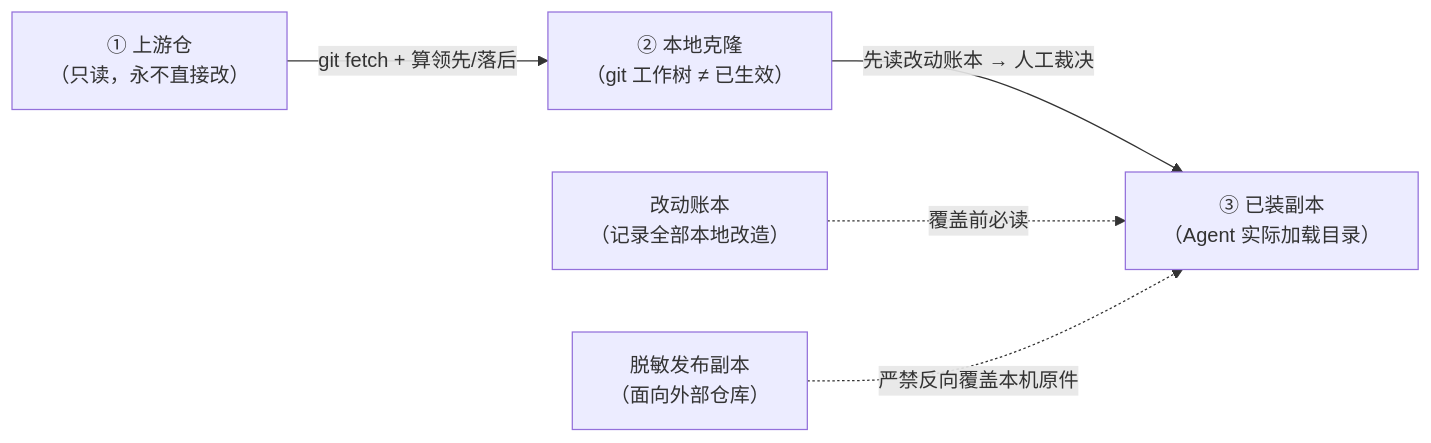
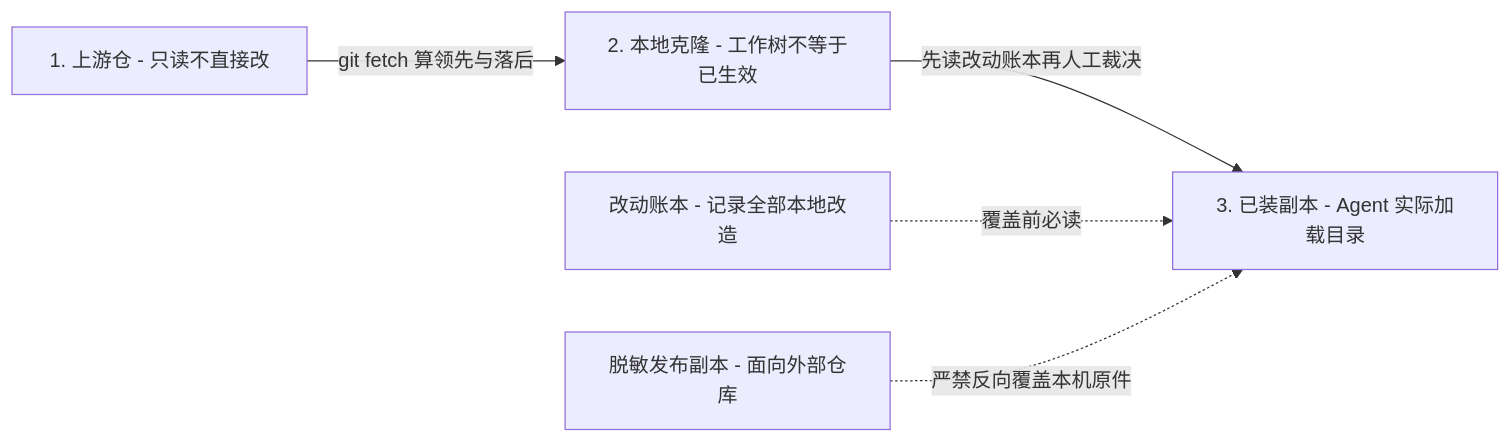
Before and after one commit to cyanxjh/skill-change-workflow: the diagram in README.md, drawn with Mermaid.

Commit message:
fix(readme): remove quoted edge labels so GitHub Mermaid renders cleanly

````diff
--- a/README.md
+++ b/README.md
@@ -29,7 +29,7 @@
 ```mermaid
 flowchart LR
-  U["① 上游仓<br/>（只读，永不直接改）"] -->|"git fetch + 算领先/落后"| L["② 本地克隆<br/>（git 工作树 ≠ 已生效）"]
-  L -->|"先读改动账本 → 人工裁决"| I["③ 已装副本<br/>（Agent 实际加载目录）"]
-  P["改动账本<br/>（记录全部本地改造）"] -.->|"覆盖前必读"| I
-  PUB["脱敏发布副本<br/>（面向外部仓库）"] -.->|"严禁反向覆盖本机原件"| I
+  U["1. 上游仓 - 只读不直接改"] -->|git fetch 算领先与落后| L["2. 本地克隆 - 工作树不等于已生效"]
+  L -->|先读改动账本再人工裁决| I["3. 已装副本 - Agent 实际加载目录"]
+  P["改动账本 - 记录全部本地改造"] -.->|覆盖前必读| I
+  PUB["脱敏发布副本 - 面向外部仓库"] -.->|严禁反向覆盖本机原件| I
 ```
````
